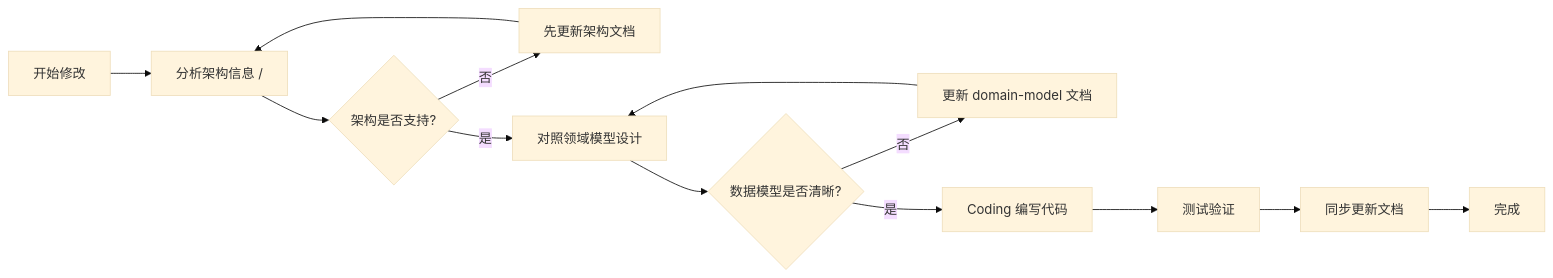
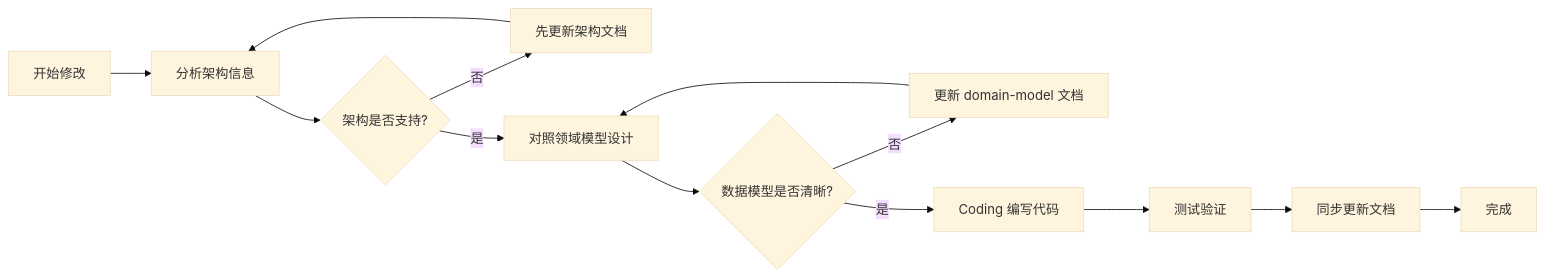
The first of 2 diagrams in AGENTS.md (cqlwm/smart-trader), drawn with Mermaid (base theme) before and after one commit.

Commit message:
- AGENTS.md 更新

````diff
--- a/AGENTS.md
+++ b/AGENTS.md
@@ -38,15 +38,15 @@
 ```mermaid
 flowchart LR
-    A[开始修改] --> B[分析架构信息 /]
+    A[开始修改] --> B[分析架构信息]
     B --> C{架构是否支持?}
     C -->|否| D[先更新架构文档]
     D --> B
     C -->|是| E[对照领域模型设计]
     E --> F{数据模型是否清晰?}
     F -->|否| G[更新 domain-model 文档]
     G --> E
     F -->|是| H[Coding 编写代码]
     H --> I[测试验证]
     I --> J[同步更新文档]
     J --> K[完成]
 ```
````
